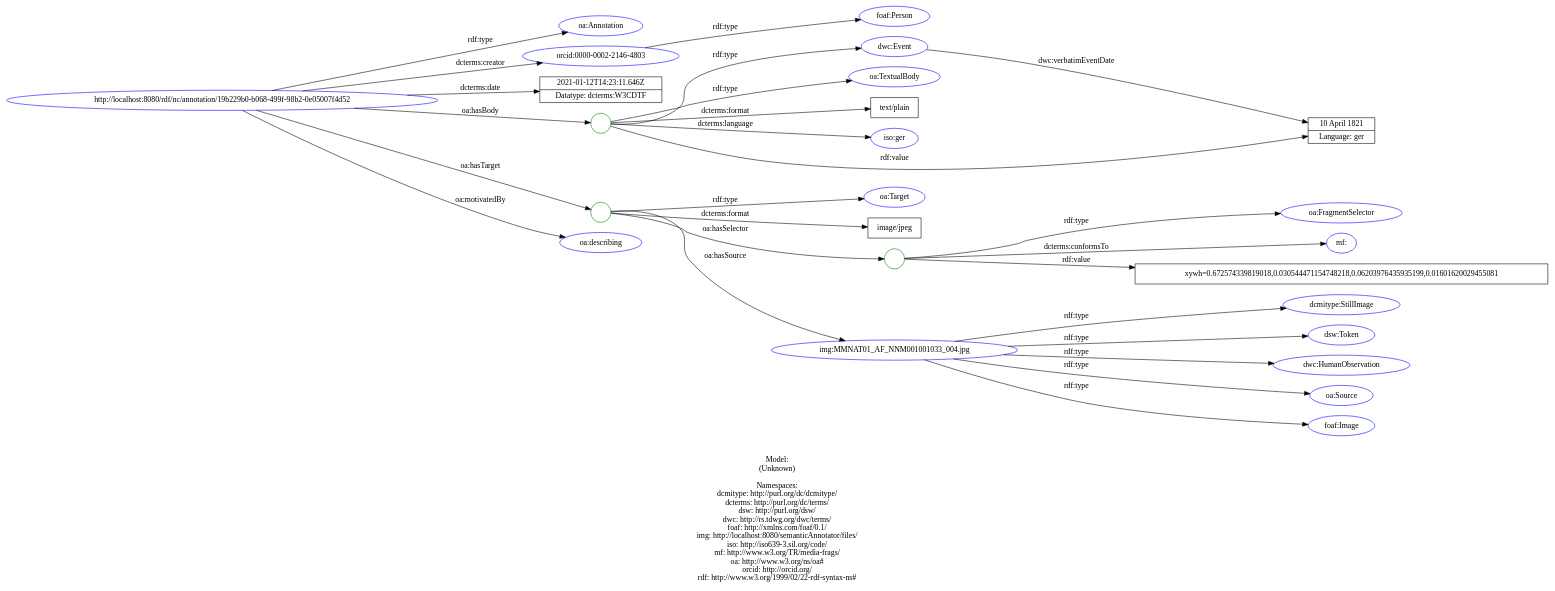
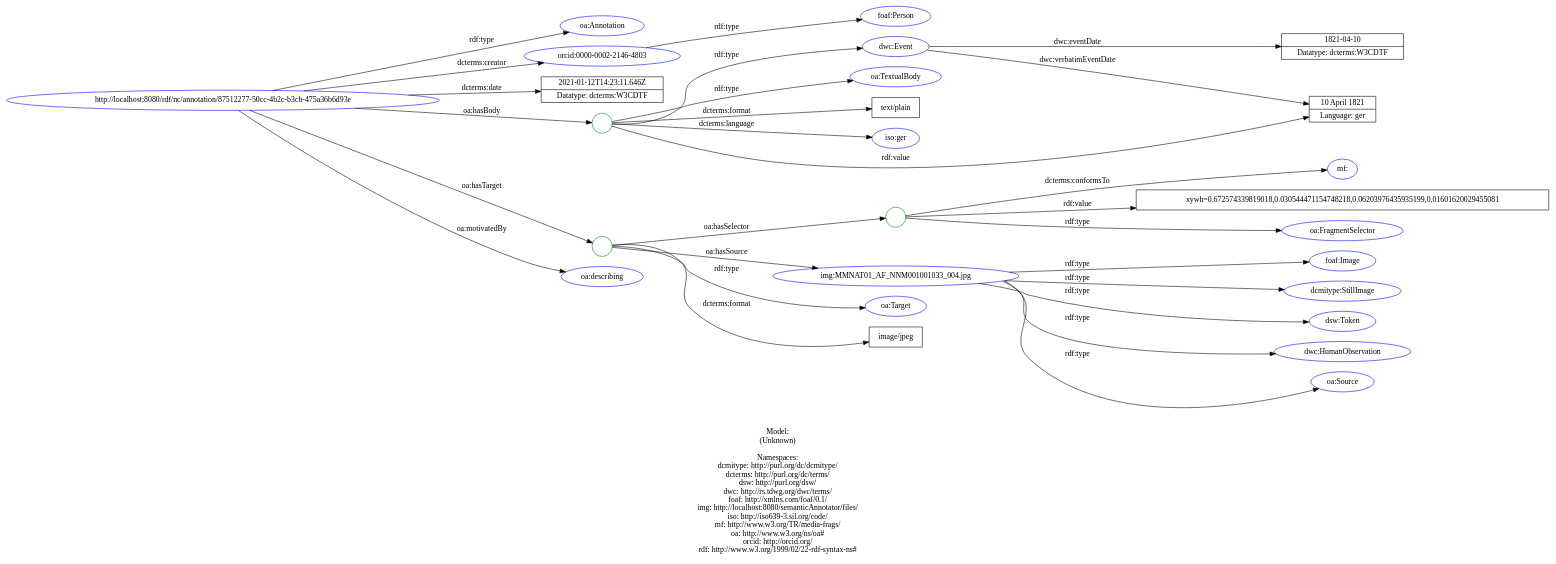
The diagram in doc/models/example_7_1.dot (lisestork/SFB-Annotator), drawn with Graphviz before and after one commit. The commit also changed 7 other files, not shown here.

```diff
--- a/doc/models/example_7_1.dot
+++ b/doc/models/example_7_1.dot
@@ -1,63 +1,65 @@
 digraph {
 	rankdir = LR;
 	charset="utf-8";
 
-	"Rhttp://localhost:8080/rdf/nc/annotation/19b229b0-b068-499f-98b2-0e05007f4d52" -> "Roa:Annotation" [ label="rdf:type" ];
-	"Rhttp://localhost:8080/rdf/nc/annotation/19b229b0-b068-499f-98b2-0e05007f4d52" -> "Rorcid:0000-0002-2146-4803" [ label="dcterms:creator" ];
-	"Rhttp://localhost:8080/rdf/nc/annotation/19b229b0-b068-499f-98b2-0e05007f4d52" -> "L2021-01-12T14:23:11.646Z|Datatype: dcterms:W3CDTF" [ label="dcterms:date" ];
-	"Rhttp://localhost:8080/rdf/nc/annotation/19b229b0-b068-499f-98b2-0e05007f4d52" -> "B_:node1euqlam8lx300" [ label="oa:hasBody" ];
-	"B_:node1euqlam8lx300" -> "Rdwc:Event" [ label="rdf:type" ];
-	"B_:node1euqlam8lx300" -> "Roa:TextualBody" [ label="rdf:type" ];
-	"B_:node1euqlam8lx300" -> "Ltext/plain" [ label="dcterms:format" ];
-	"B_:node1euqlam8lx300" -> "Riso:ger" [ label="dcterms:language" ];
-	"B_:node1euqlam8lx300" -> "L10 April 1821|Language: ger" [ label="rdf:value" ];
-	"Rhttp://localhost:8080/rdf/nc/annotation/19b229b0-b068-499f-98b2-0e05007f4d52" -> "B_:node1euqlam8lx299" [ label="oa:hasTarget" ];
-	"B_:node1euqlam8lx299" -> "Roa:Target" [ label="rdf:type" ];
-	"B_:node1euqlam8lx299" -> "Limage/jpeg" [ label="dcterms:format" ];
-	"B_:node1euqlam8lx299" -> "B_:node1euqlam8lx302" [ label="oa:hasSelector" ];
-	"B_:node1euqlam8lx302" -> "Roa:FragmentSelector" [ label="rdf:type" ];
-	"B_:node1euqlam8lx302" -> "Rmf:" [ label="dcterms:conformsTo" ];
-	"B_:node1euqlam8lx302" -> "Lxywh=0.672574339819018,0.030544471154748218,0.06203976435935199,0.01601620029455081" [ label="rdf:value" ];
-	"B_:node1euqlam8lx299" -> "Rimg:MMNAT01_AF_NNM001001033_004.jpg" [ label="oa:hasSource" ];
-	"Rhttp://localhost:8080/rdf/nc/annotation/19b229b0-b068-499f-98b2-0e05007f4d52" -> "Roa:describing" [ label="oa:motivatedBy" ];
+	"Rhttp://localhost:8080/rdf/nc/annotation/87512277-50cc-4b2c-b3cb-475a36b6d93e" -> "Roa:Annotation" [ label="rdf:type" ];
+	"Rhttp://localhost:8080/rdf/nc/annotation/87512277-50cc-4b2c-b3cb-475a36b6d93e" -> "Rorcid:0000-0002-2146-4803" [ label="dcterms:creator" ];
+	"Rhttp://localhost:8080/rdf/nc/annotation/87512277-50cc-4b2c-b3cb-475a36b6d93e" -> "L2021-01-12T14:23:11.646Z|Datatype: dcterms:W3CDTF" [ label="dcterms:date" ];
+	"Rhttp://localhost:8080/rdf/nc/annotation/87512277-50cc-4b2c-b3cb-475a36b6d93e" -> "B_:node1evfck18lx51" [ label="oa:hasBody" ];
+	"B_:node1evfck18lx51" -> "Rdwc:Event" [ label="rdf:type" ];
+	"B_:node1evfck18lx51" -> "Roa:TextualBody" [ label="rdf:type" ];
+	"B_:node1evfck18lx51" -> "Ltext/plain" [ label="dcterms:format" ];
+	"B_:node1evfck18lx51" -> "Riso:ger" [ label="dcterms:language" ];
+	"B_:node1evfck18lx51" -> "L10 April 1821|Language: ger" [ label="rdf:value" ];
+	"Rhttp://localhost:8080/rdf/nc/annotation/87512277-50cc-4b2c-b3cb-475a36b6d93e" -> "B_:node1evfck18lx50" [ label="oa:hasTarget" ];
+	"B_:node1evfck18lx50" -> "Roa:Target" [ label="rdf:type" ];
+	"B_:node1evfck18lx50" -> "Limage/jpeg" [ label="dcterms:format" ];
+	"B_:node1evfck18lx50" -> "B_:node1evfck18lx53" [ label="oa:hasSelector" ];
+	"B_:node1evfck18lx53" -> "Roa:FragmentSelector" [ label="rdf:type" ];
+	"B_:node1evfck18lx53" -> "Rmf:" [ label="dcterms:conformsTo" ];
+	"B_:node1evfck18lx53" -> "Lxywh=0.672574339819018,0.030544471154748218,0.06203976435935199,0.01601620029455081" [ label="rdf:value" ];
+	"B_:node1evfck18lx50" -> "Rimg:MMNAT01_AF_NNM001001033_004.jpg" [ label="oa:hasSource" ];
+	"Rhttp://localhost:8080/rdf/nc/annotation/87512277-50cc-4b2c-b3cb-475a36b6d93e" -> "Roa:describing" [ label="oa:motivatedBy" ];
 	"Rorcid:0000-0002-2146-4803" -> "Rfoaf:Person" [ label="rdf:type" ];
 	"Rimg:MMNAT01_AF_NNM001001033_004.jpg" -> "Rdcmitype:StillImage" [ label="rdf:type" ];
 	"Rimg:MMNAT01_AF_NNM001001033_004.jpg" -> "Rdsw:Token" [ label="rdf:type" ];
 	"Rimg:MMNAT01_AF_NNM001001033_004.jpg" -> "Rdwc:HumanObservation" [ label="rdf:type" ];
 	"Rimg:MMNAT01_AF_NNM001001033_004.jpg" -> "Roa:Source" [ label="rdf:type" ];
 	"Rimg:MMNAT01_AF_NNM001001033_004.jpg" -> "Rfoaf:Image" [ label="rdf:type" ];
+	"Rdwc:Event" -> "L1821-04-10|Datatype: dcterms:W3CDTF" [ label="dwc:eventDate" ];
 	"Rdwc:Event" -> "L10 April 1821|Language: ger" [ label="dwc:verbatimEventDate" ];
 
 	// Resources
-	"Rhttp://localhost:8080/rdf/nc/annotation/19b229b0-b068-499f-98b2-0e05007f4d52" [ label="http://localhost:8080/rdf/nc/annotation/19b229b0-b068-499f-98b2-0e05007f4d52", shape = ellipse, color = blue ];
+	"Rhttp://localhost:8080/rdf/nc/annotation/87512277-50cc-4b2c-b3cb-475a36b6d93e" [ label="http://localhost:8080/rdf/nc/annotation/87512277-50cc-4b2c-b3cb-475a36b6d93e", shape = ellipse, color = blue ];
 	"Roa:Annotation" [ label="oa:Annotation", shape = ellipse, color = blue ];
 	"Rorcid:0000-0002-2146-4803" [ label="orcid:0000-0002-2146-4803", shape = ellipse, color = blue ];
 	"Rdwc:Event" [ label="dwc:Event", shape = ellipse, color = blue ];
 	"Roa:TextualBody" [ label="oa:TextualBody", shape = ellipse, color = blue ];
 	"Riso:ger" [ label="iso:ger", shape = ellipse, color = blue ];
 	"Roa:Target" [ label="oa:Target", shape = ellipse, color = blue ];
 	"Roa:FragmentSelector" [ label="oa:FragmentSelector", shape = ellipse, color = blue ];
 	"Rmf:" [ label="mf:", shape = ellipse, color = blue ];
 	"Rimg:MMNAT01_AF_NNM001001033_004.jpg" [ label="img:MMNAT01_AF_NNM001001033_004.jpg", shape = ellipse, color = blue ];
 	"Roa:describing" [ label="oa:describing", shape = ellipse, color = blue ];
 	"Rfoaf:Person" [ label="foaf:Person", shape = ellipse, color = blue ];
 	"Rdcmitype:StillImage" [ label="dcmitype:StillImage", shape = ellipse, color = blue ];
 	"Rdsw:Token" [ label="dsw:Token", shape = ellipse, color = blue ];
 	"Rdwc:HumanObservation" [ label="dwc:HumanObservation", shape = ellipse, color = blue ];
 	"Roa:Source" [ label="oa:Source", shape = ellipse, color = blue ];
 	"Rfoaf:Image" [ label="foaf:Image", shape = ellipse, color = blue ];
 
 	// Anonymous nodes
-	"B_:node1euqlam8lx300" [ label="", shape = circle, color = green ];
-	"B_:node1euqlam8lx299" [ label="", shape = circle, color = green ];
-	"B_:node1euqlam8lx302" [ label="", shape = circle, color = green ];
+	"B_:node1evfck18lx51" [ label="", shape = circle, color = green ];
+	"B_:node1evfck18lx50" [ label="", shape = circle, color = green ];
+	"B_:node1evfck18lx53" [ label="", shape = circle, color = green ];
 
 	// Literals
 	"L2021-01-12T14:23:11.646Z|Datatype: dcterms:W3CDTF" [ label="2021-01-12T14:23:11.646Z|Datatype: dcterms:W3CDTF", shape = record ];
 	"Ltext/plain" [ label="text/plain", shape = record ];
 	"L10 April 1821|Language: ger" [ label="10 April 1821|Language: ger", shape = record ];
 	"Limage/jpeg" [ label="image/jpeg", shape = record ];
 	"Lxywh=0.672574339819018,0.030544471154748218,0.06203976435935199,0.01601620029455081" [ label="xywh=0.672574339819018,0.030544471154748218,0.06203976435935199,0.01601620029455081", shape = record ];
+	"L1821-04-10|Datatype: dcterms:W3CDTF" [ label="1821-04-10|Datatype: dcterms:W3CDTF", shape = record ];
 
 	label="\n\nModel:\n(Unknown)\n\nNamespaces:\ndcmitype: http://purl.org/dc/dcmitype/\ndcterms: http://purl.org/dc/terms/\ndsw: http://purl.org/dsw/\ndwc: http://rs.tdwg.org/dwc/terms/\nfoaf: http://xmlns.com/foaf/0.1/\nimg: http://localhost:8080/semanticAnnotator/files/\niso: http://iso639-3.sil.org/code/\nmf: http://www.w3.org/TR/media-frags/\noa: http://www.w3.org/ns/oa#\norcid: http://orcid.org/\nrdf: http://www.w3.org/1999/02/22-rdf-syntax-ns#\n";
 }
```
